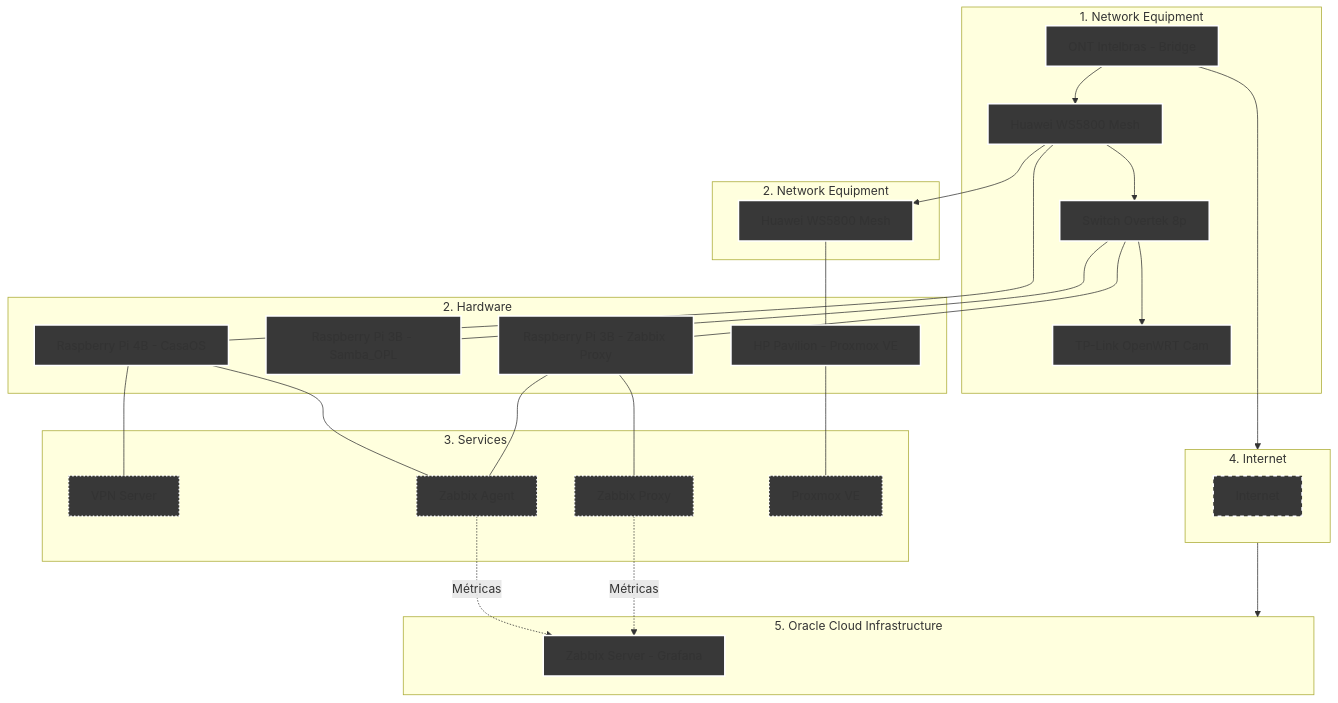
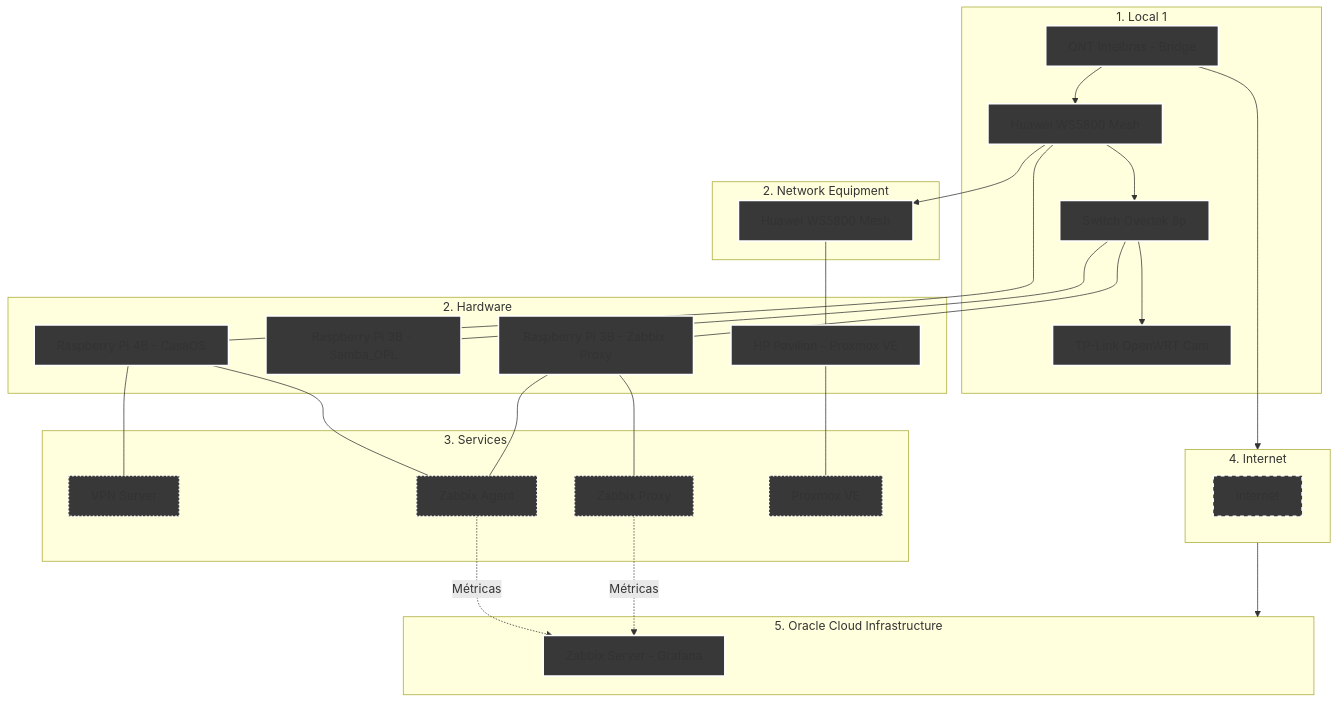
One commit to kevindexter22/Dr-Hardware-Autonet changed the diagram in Infraestructure/README.md. Above: the diagram before and after it, drawn with Mermaid.

````diff
--- a/Infraestructure/README.md
+++ b/Infraestructure/README.md
@@ -13,55 +13,55 @@
 ```mermaid
 graph TD
     %% Styles
     classDef network fill:#383838,stroke:#FFFFFF,stroke-width:2px;
     classDef hardware fill:#383838,stroke:#FFFFFF,stroke-width:2px;
     classDef internet fill:#383838,stroke:#FFFFFF,stroke-width:2px,stroke-dasharray: 5 5;
     classDef services fill:#383838,stroke:#FFFFFF,stroke-width:2px, stroke-dasharray: 2 3;
     classDef oci fill:#383838,stroke:#FFFFFF,stroke-width:2px;
 
     %% 1. NETWORK EQUIPMENT
-    subgraph S1 [1. Network Equipment]
+    subgraph S1 [1. Local 1]
         ONT[ONT Intelbras - Bridge]:::network --> R_Mesh1[Huawei WS5800 Mesh]:::network
         R_Mesh1 --> SW1[Switch Overtek 8p]:::network
         SW1 --> R_Cams[TP-Link OpenWRT Cam]:::network    
     end
     subgraph S2 [2. Network Equipment]
         R_Mesh1 --> R_Mesh2[Huawei WS5800 Mesh]:::network
     end
 
     %% 2. HARDWARE
     subgraph S3 [2. Hardware]
         R_Mesh1 --- RPi4B[Raspberry Pi 4B - CasaOS]:::hardware
         SW1 --- RPi3B_1[Raspberry Pi 3B - Samba_OPL]:::hardware
         SW1 --- RPi3B_2[Raspberry Pi 3B - Zabbix Proxy]:::hardware
         R_Mesh2 --- HP[HP Pavilion - Proxmox VE]:::hardware
     end
 
     %% 3. SERVICES     
     subgraph S4 [3. Services];
         RPi4B --- VPN[VPN Server]:::services
         RPi4B --- ZA[Zabbix Agent]:::services
         RPi3B_2 --- ZA[Zabbix Agent]:::services
         RPi3B_2 --- ZP[Zabbix Proxy]:::services
         HP --- PVE[Proxmox VE]:::services        
     end
 
     %% 4. Internet (The Bridge)
     subgraph S5 [4. Internet]
            internet[Internet]:::internet
     end
 
     %% 5. Oracle Cloud Infrastructure
     subgraph S6 [5. Oracle Cloud Infrastructure]
         ZS[Zabbix Server - Grafana]:::oci
     end
 
     %% Conections of data flow
     ONT --> S5
     S5 --> S6
     
     %% Logical conections
     ZA -.-> |Métricas| ZS
     ZP -.-> |Métricas| ZS 
 
 ```
````
